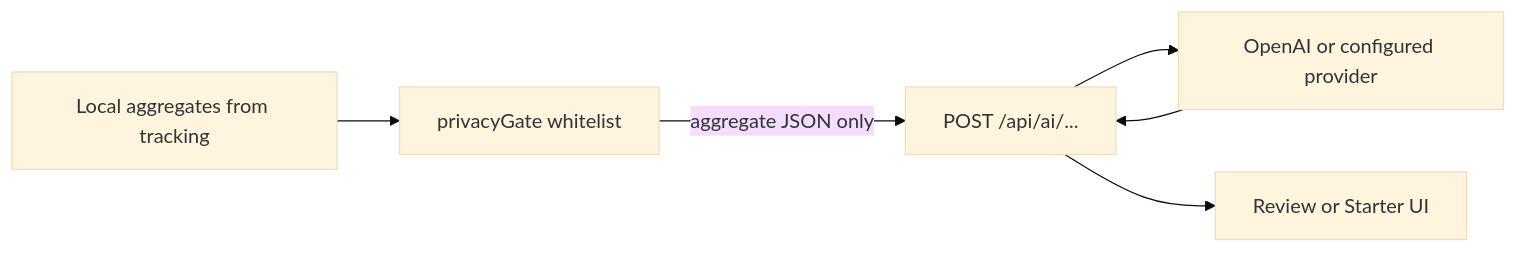
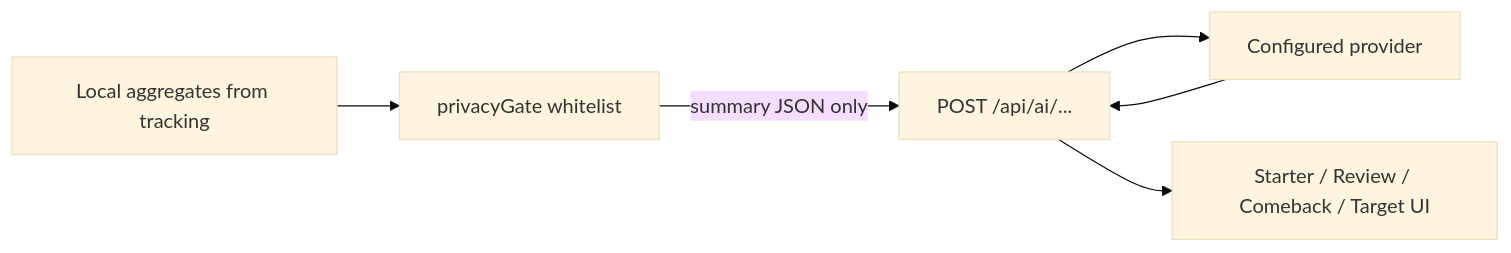
One commit to weidong808/ai-in-action-roadmap changed the second of 2 diagrams in apps/habitcheck-architecture.md. Above: the diagram before and after it, drawn with Mermaid (base theme). The commit also changed other lines of this file and 8 other files, not shown here.

````diff
--- a/apps/habitcheck-architecture.md
+++ b/apps/habitcheck-architecture.md
@@ -119,14 +96,14 @@
 ```mermaid
 flowchart LR
   Stats[Local aggregates from tracking]
   Gate[privacyGate whitelist]
   API["POST /api/ai/..."]
-  Model[OpenAI or configured provider]
-  UI[Review or Starter UI]
+  Model[Configured provider]
+  UI[Starter / Review / Comeback / Target UI]
 
   Stats --> Gate
-  Gate -->|"aggregate JSON only"| API
+  Gate -->|"summary JSON only"| API
   API --> Model
   Model --> API
   API --> UI
 ```
````
